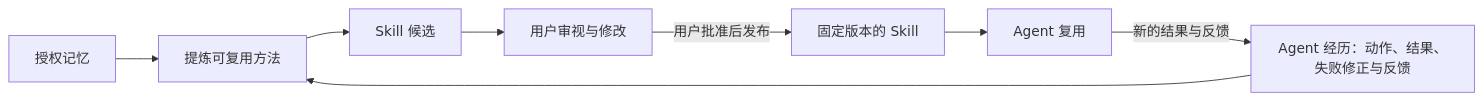
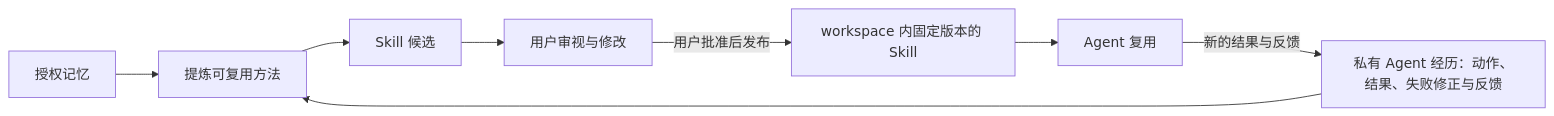
The second of 2 diagrams in docs/superpowers/specs/2026-11-16-agent-data-foundation-architecture.md (TheLudlows/Origence), drawn with Mermaid before and after one commit. The commit also changed other lines of this file and 6 other files, not shown here.

````diff
--- a/docs/superpowers/specs/2026-11-16-agent-data-foundation-architecture.md
+++ b/docs/superpowers/specs/2026-11-16-agent-data-foundation-architecture.md
@@ -87,10 +108,10 @@
 ```mermaid
 flowchart LR
     M[授权记忆] --> D[提炼可复用方法]
-    E[Agent 经历：动作、结果、失败修正与反馈] --> D
+    E[私有 Agent 经历：动作、结果、失败修正与反馈] --> D
     D --> P[Skill 候选]
     P --> U[用户审视与修改]
-    U -->|用户批准后发布| S[固定版本的 Skill]
+    U -->|用户批准后发布| S[workspace 内固定版本的 Skill]
     S --> A[Agent 复用]
     A -->|新的结果与反馈| E
 ```
````
